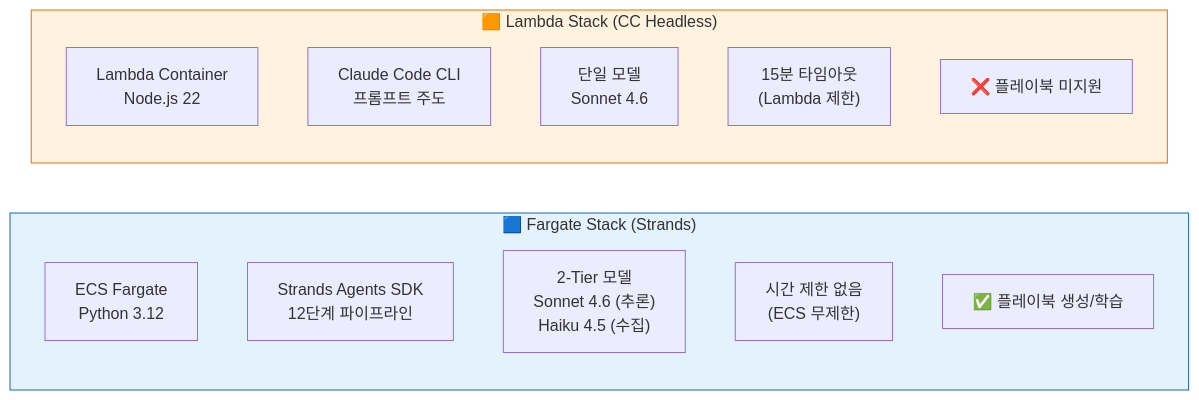
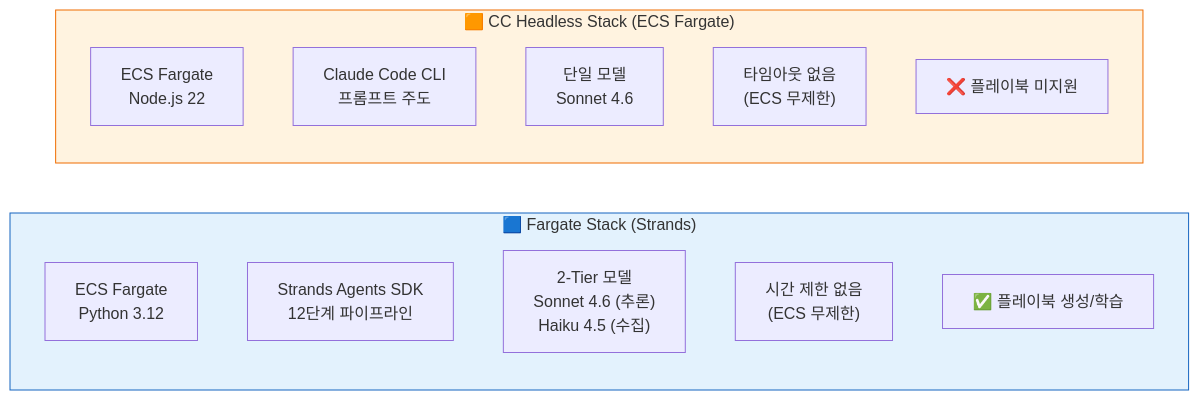
One commit to haandol/rca-agent changed the fifth of 19 diagrams in docs/system-guide-for-ops.md. Above: the diagram before and after it, drawn with Mermaid. The commit also changed other lines of this file and 2 other files, not shown here.

First line of the commit message:
docs: README 시크릿 설정·인프라 배포 섹션 추가, CC Headless Lambda→Fargate 반영

````diff
--- a/docs/system-guide-for-ops.md
+++ b/docs/system-guide-for-ops.md
@@ -255,23 +255,23 @@
 ```mermaid
 graph LR
     subgraph Fargate["🟦 Fargate Stack (Strands)"]
         direction TB
         F_ENV["ECS Fargate<br/>Python 3.12"]
         F_SDK["Strands Agents SDK<br/>12단계 파이프라인"]
         F_MODEL["2-Tier 모델<br/>Sonnet 4.6 (추론)<br/>Haiku 4.5 (수집)"]
         F_TIME["시간 제한 없음<br/>(ECS 무제한)"]
         F_PLAY["✅ 플레이북 생성/학습"]
     end
 
-    subgraph Lambda["🟧 Lambda Stack (CC Headless)"]
+    subgraph CcStack["🟧 CC Headless Stack (ECS Fargate)"]
         direction TB
-        L_ENV["Lambda Container<br/>Node.js 22"]
+        L_ENV["ECS Fargate<br/>Node.js 22"]
         L_SDK["Claude Code CLI<br/>프롬프트 주도"]
         L_MODEL["단일 모델<br/>Sonnet 4.6"]
-        L_TIME["15분 타임아웃<br/>(Lambda 제한)"]
+        L_TIME["타임아웃 없음<br/>(ECS 무제한)"]
         L_PLAY["❌ 플레이북 미지원"]
     end
 
     style Fargate fill:#e3f2fd,stroke:#1565c0
-    style Lambda fill:#fff3e0,stroke:#ef6c00
+    style CcStack fill:#fff3e0,stroke:#ef6c00
 ```
````
